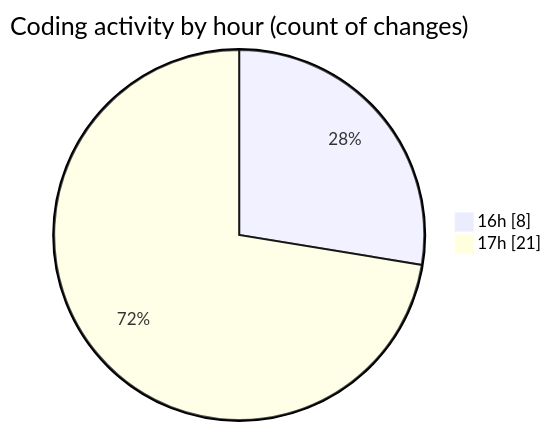
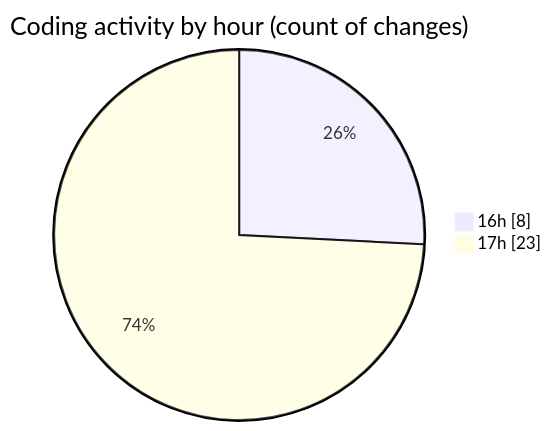
The second of 2 diagrams in 2025-01-08/mbc-web/README.md (robertbonfada/code-tracking), drawn with Mermaid before and after one commit. The commit also changed other lines of this file and 1 other file, not shown here.

````diff
--- a/2025-01-08/mbc-web/README.md
+++ b/2025-01-08/mbc-web/README.md
@@ -42,6 +42,6 @@
 ```mermaid
 pie showData
 title Coding activity by hour (count of changes)
 "16h" : 8
-"17h" : 21
+"17h" : 23
 ```
````
